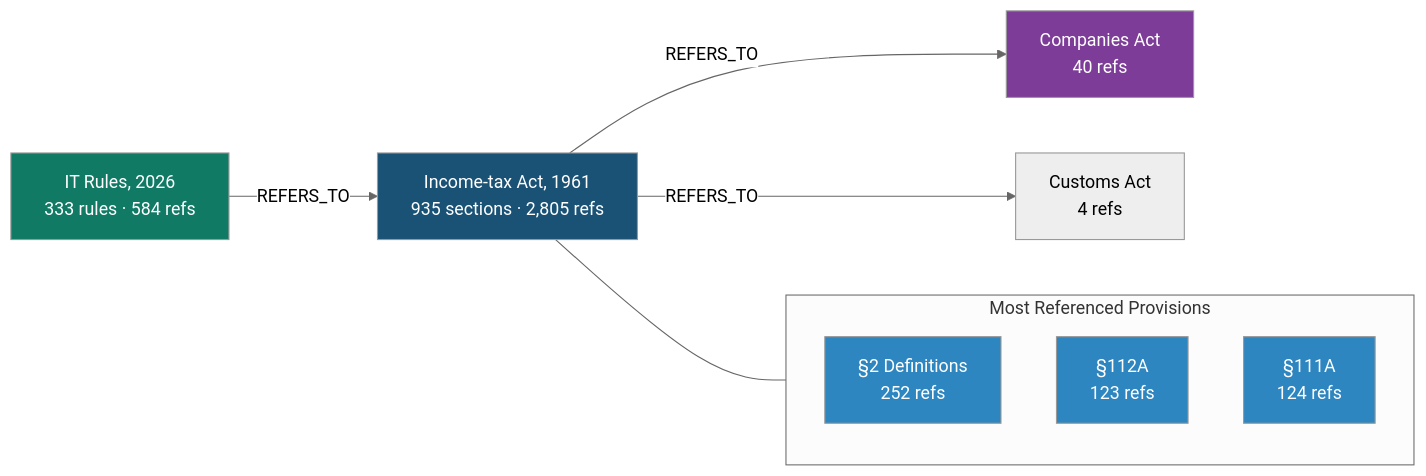
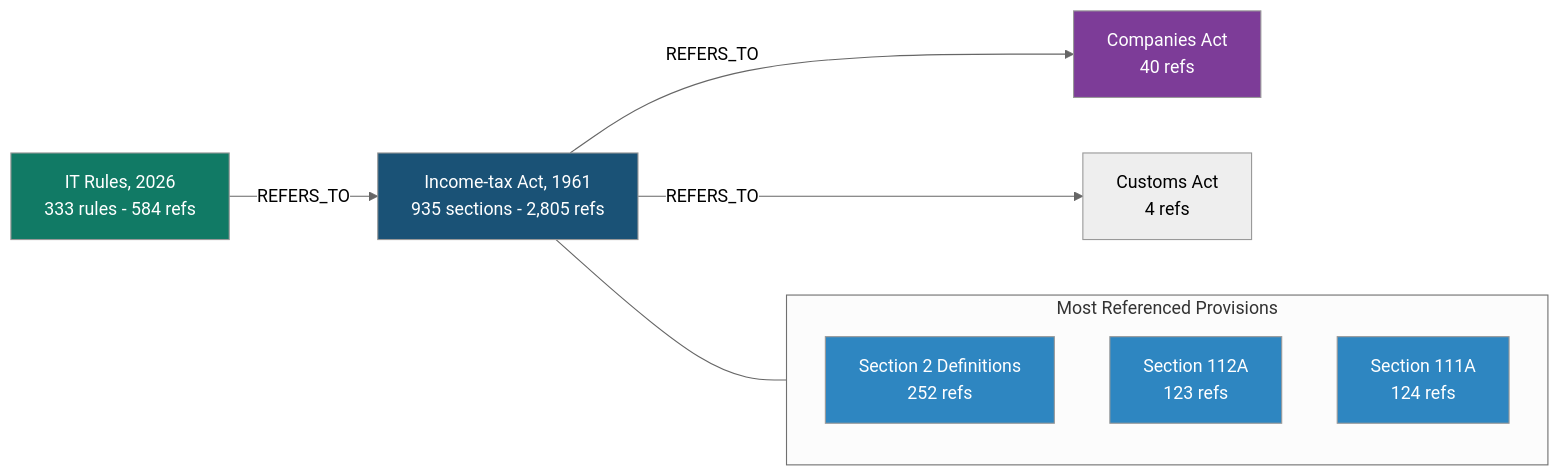
Before and after one commit to shikharpant/nyaya-ledger: the second of 5 diagrams in README.md, drawn with Mermaid (neutral theme). The commit also changed other lines of this file and 1 other file, not shown here.

Commit message:
Fix README Mermaid rendering

````diff
--- a/README.md
+++ b/README.md
@@ -183,27 +186,27 @@
 ```mermaid
 graph LR
-    ITA["Income-tax Act, 1961<br/>935 sections &middot; 2,805 refs"]
+    ITA["Income-tax Act, 1961<br/>935 sections - 2,805 refs"]
 
     subgraph Hub["Most Referenced Provisions"]
-        S2["&sect;2 Definitions<br/>252 refs"]
-        S112A["&sect;112A<br/>123 refs"]
-        S111A["&sect;111A<br/>124 refs"]
+        S2["Section 2 Definitions<br/>252 refs"]
+        S112A["Section 112A<br/>123 refs"]
+        S111A["Section 111A<br/>124 refs"]
     end
 
     ITA --- Hub
 
     COMP["Companies Act<br/>40 refs"]
     CUST["Customs Act<br/>4 refs"]
-    ITR["IT Rules, 2026<br/>333 rules &middot; 584 refs"]
+    ITR["IT Rules, 2026<br/>333 rules - 584 refs"]
 
     ITA -->|"REFERS_TO"| COMP
     ITA -->|"REFERS_TO"| CUST
     ITR -->|"REFERS_TO"| ITA
 
     style ITA fill:#1a5276,color:#fff
     style ITR fill:#117a65,color:#fff
     style COMP fill:#7d3c98,color:#fff
     style S2 fill:#2e86c1,color:#fff
     style S112A fill:#2e86c1,color:#fff
     style S111A fill:#2e86c1,color:#fff
 ```
````
